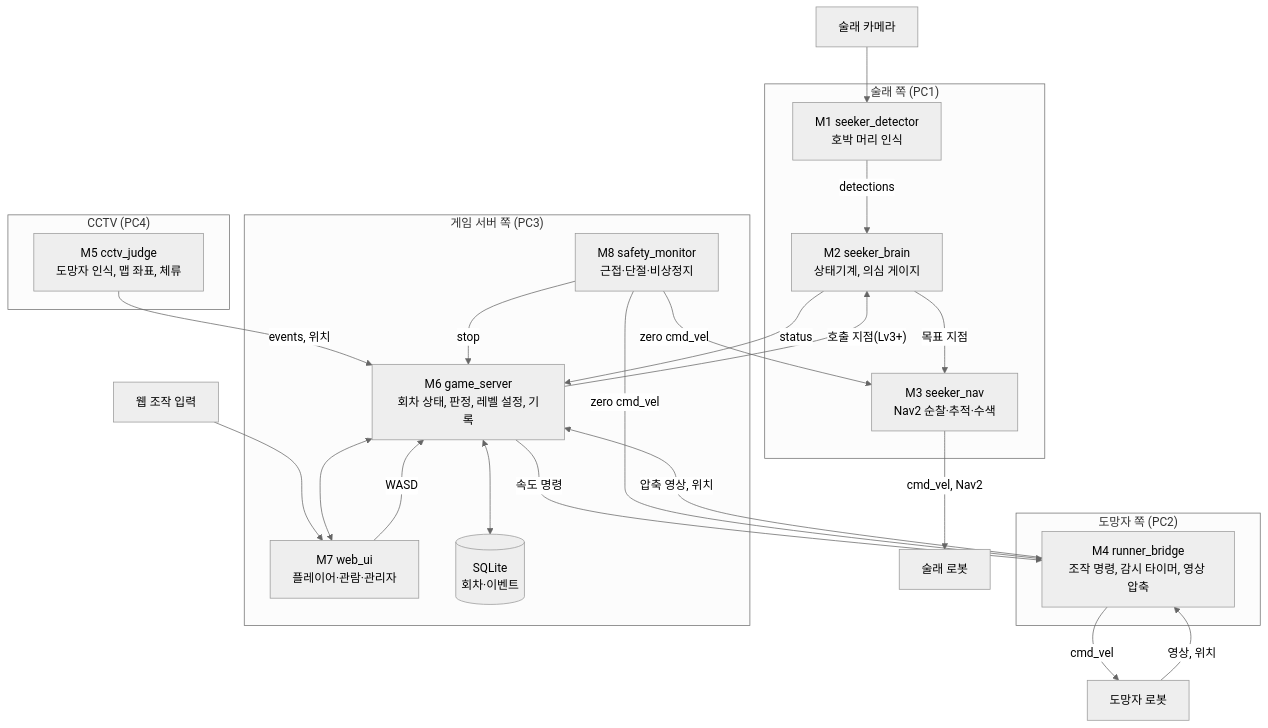
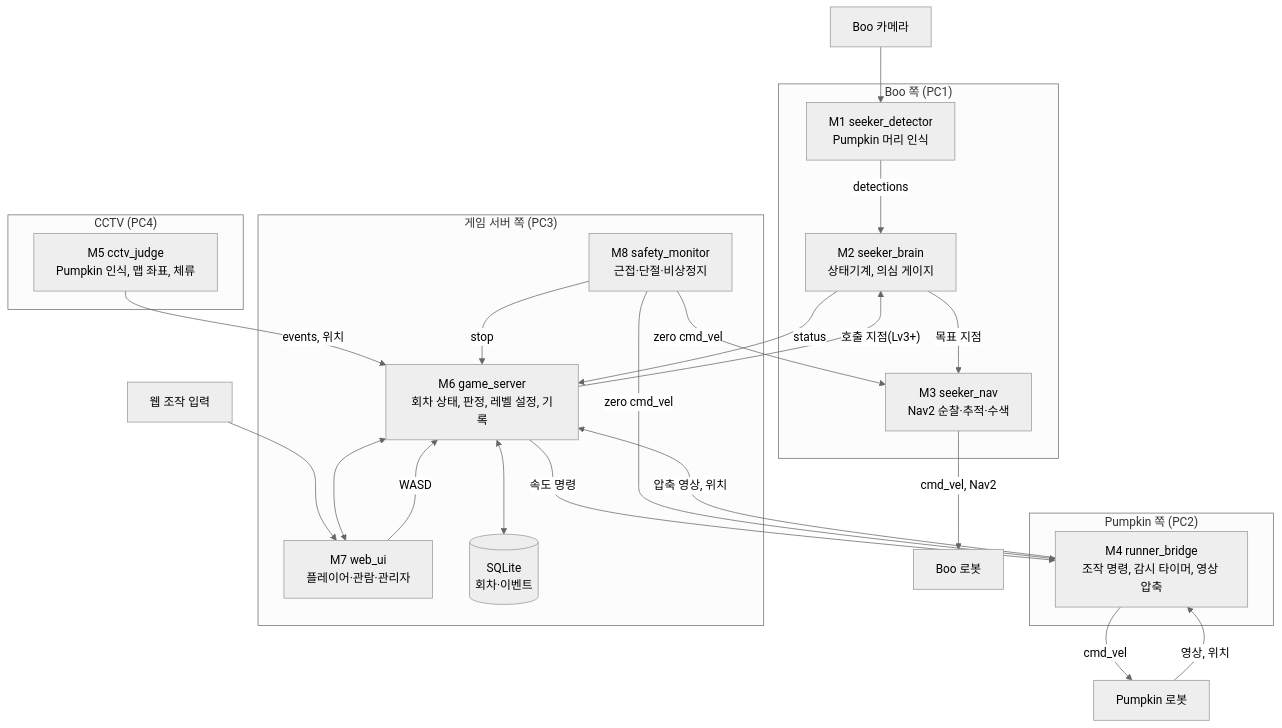
One commit to shbong06-sketch/Trick_or_Bot changed the third of 5 diagrams in docs/project/sdd.md. Above: the diagram before and after it, drawn with Mermaid (neutral theme). The commit also changed other lines of this file, not shown here.

Commit message:
docs: SDD 명칭을 인터페이스 정의서 기준(Boo·Pumpkin·사탕)으로 통일, BRD v1.6·SRD v0.9 참조 갱신

````diff
--- a/docs/project/sdd.md
+++ b/docs/project/sdd.md
@@ -121,45 +121,45 @@
 ```mermaid
 flowchart TB
-    subgraph SEEKER["술래 쪽 (PC1)"]
-        M1["M1 seeker_detector<br/>호박 머리 인식"]
+    subgraph SEEKER["Boo 쪽 (PC1)"]
+        M1["M1 seeker_detector<br/>Pumpkin 머리 인식"]
         M2["M2 seeker_brain<br/>상태기계, 의심 게이지"]
         M3["M3 seeker_nav<br/>Nav2 순찰·추적·수색"]
     end
 
-    subgraph RUNNER["도망자 쪽 (PC2)"]
+    subgraph RUNNER["Pumpkin 쪽 (PC2)"]
         M4["M4 runner_bridge<br/>조작 명령, 감시 타이머, 영상 압축"]
     end
 
     subgraph CCTVN["CCTV (PC4)"]
-        M5["M5 cctv_judge<br/>도망자 인식, 맵 좌표, 체류"]
+        M5["M5 cctv_judge<br/>Pumpkin 인식, 맵 좌표, 체류"]
     end
 
     subgraph SERVER["게임 서버 쪽 (PC3)"]
         M6["M6 game_server<br/>회차 상태, 판정, 레벨 설정, 기록"]
         M7["M7 web_ui<br/>플레이어·관람·관리자"]
         M8["M8 safety_monitor<br/>근접·단절·비상정지"]
         DB[("SQLite<br/>회차·이벤트")]
     end
 
-    CAMS["술래 카메라"] --> M1
+    CAMS["Boo 카메라"] --> M1
     M1 -- "detections" --> M2
     M2 -- "목표 지점" --> M3
-    M3 -- "cmd_vel, Nav2" --> SKR["술래 로봇"]
+    M3 -- "cmd_vel, Nav2" --> SKR["Boo 로봇"]
     M2 -- "status" --> M6
 
     WEBIN["웹 조작 입력"] --> M7
     M7 -- "WASD" --> M6
     M6 -- "속도 명령" --> M4
-    M4 -- "cmd_vel" --> RNR["도망자 로봇"]
+    M4 -- "cmd_vel" --> RNR["Pumpkin 로봇"]
     RNR -- "영상, 위치" --> M4
     M4 -- "압축 영상, 위치" --> M6
 
     M5 -- "events, 위치" --> M6
     M6 -- "호출 지점(Lv3+)" --> M2
 
     M6 <--> DB
     M6 <--> M7
     M8 -- "stop" --> M6
     M8 -- "zero cmd_vel" --> M3
     M8 -- "zero cmd_vel" --> M4
 ```
````
